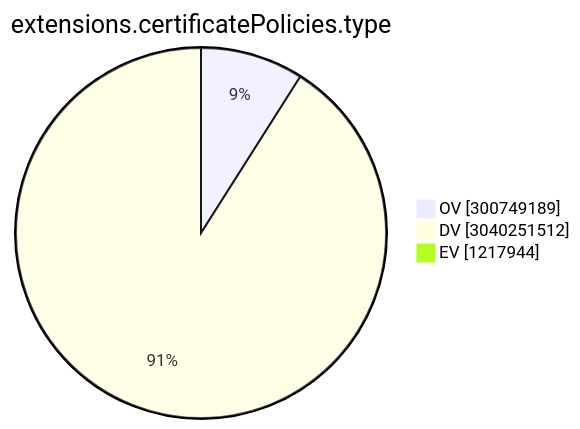
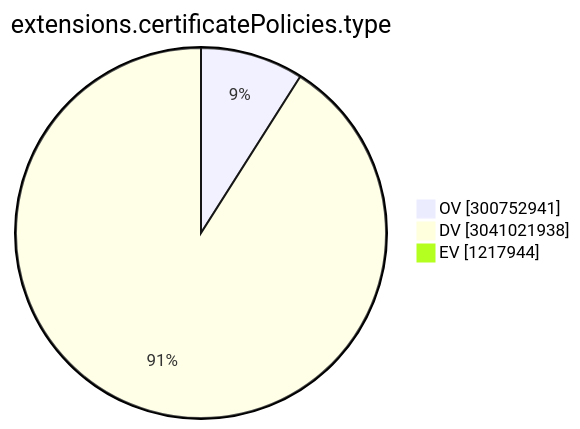
Before and after one commit to christiankrug/ctmonitor_visualization: the ninth of 15 diagrams in TOTAL/README.md, drawn with Mermaid. The commit also changed other lines of this file, not shown here.

````diff
--- a/TOTAL/README.md
+++ b/TOTAL/README.md
@@ -3102,7 +3102,7 @@
 ```mermaid
 pie showData
 title extensions.certificatePolicies.type
-"OV" :300749189
-"DV" :3040251512
+"OV" :300752941
+"DV" :3041021938
 "EV" :1217944
 ```
````
